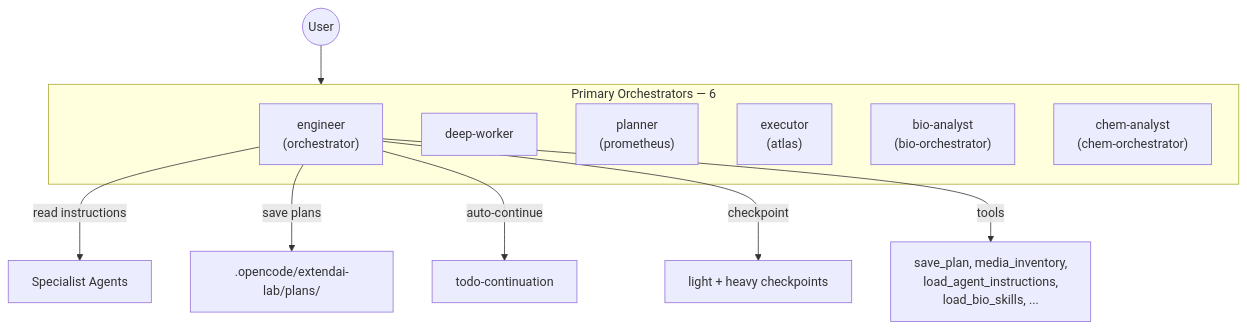
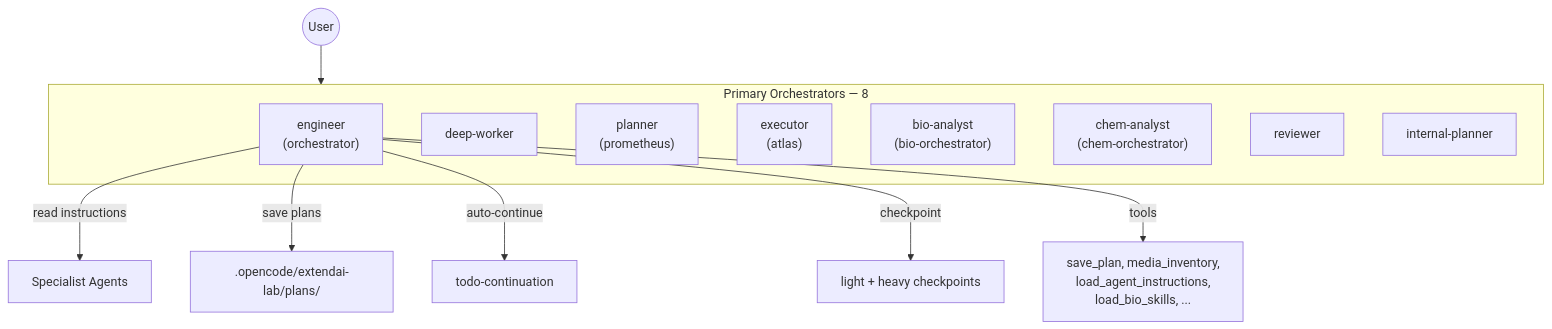
One commit to BOHUYESHAN-APB/openagent-labforge-bio changed the diagram in README.md. Above: the diagram before and after it, drawn with Mermaid. The commit also changed other lines of this file, not shown here.

Commit message:
docs(readme): 口径对齐实际代码——Agent 数 6+12=18 改 8+11=19（以 src/config/constants.ts 为准: 8 primary 含 reviewer/internal-planner, 11 subagent）; 技能数 442/64 与 88 类旧口径统一为 617/87（实测 resources/bioSkills 617 个 SKILL.md、87 个类目）; mermaid 图补 reviewer/internal-planner 节点

````diff
--- a/README.md
+++ b/README.md
@@ -22,19 +22,21 @@
 ```mermaid
 graph TB
     U((User)) --> P
 
-    subgraph P[Primary Orchestrators — 6]
+    subgraph P[Primary Orchestrators — 8]
         O["engineer<br/>(orchestrator)"]
         DW["deep-worker"]
         PL["planner<br/>(prometheus)"]
         AT["executor<br/>(atlas)"]
         BO["bio-analyst<br/>(bio-orchestrator)"]
         CO["chem-analyst<br/>(chem-orchestrator)"]
+        RE["reviewer"]
+        IP["internal-planner"]
     end
 
     O --> |read instructions| SG[Specialist Agents]
     O --> |save plans| SP[.opencode/extendai-lab/plans/]
     O --> |auto-continue| AC[todo-continuation]
     O --> |checkpoint| CK[light + heavy checkpoints]
     O --> |tools| TL[save_plan, media_inventory,<br/>load_agent_instructions,<br/>load_bio_skills, ...]
 ```
````
